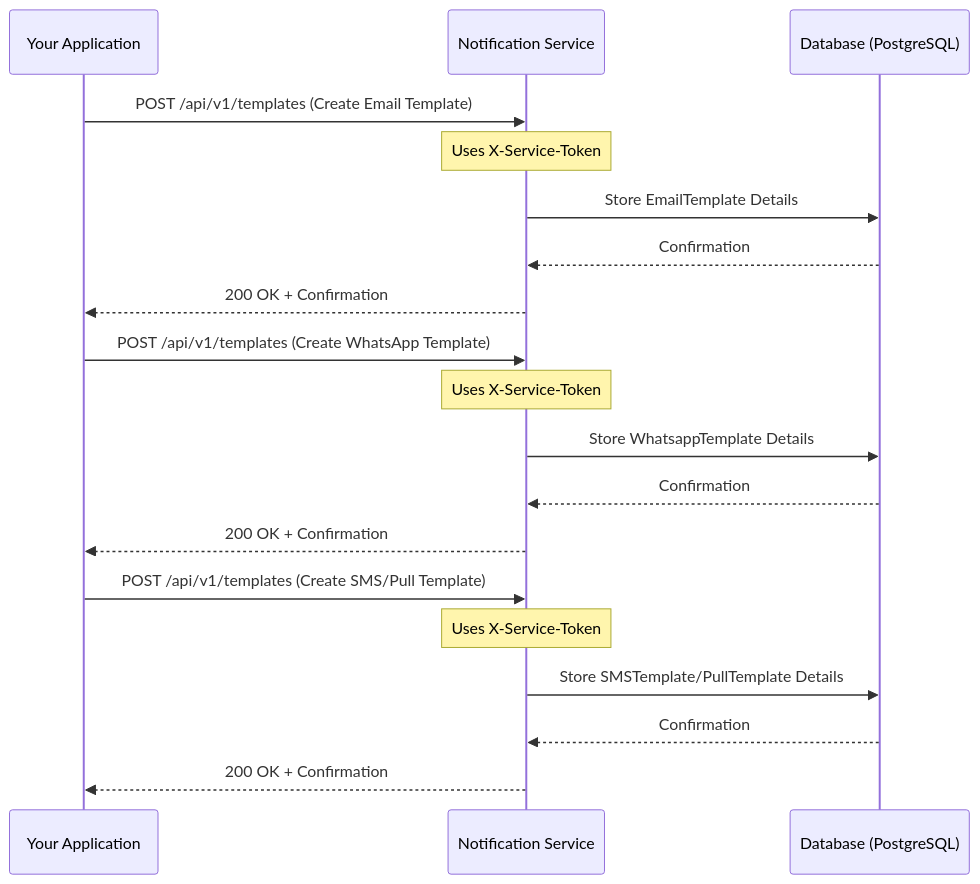
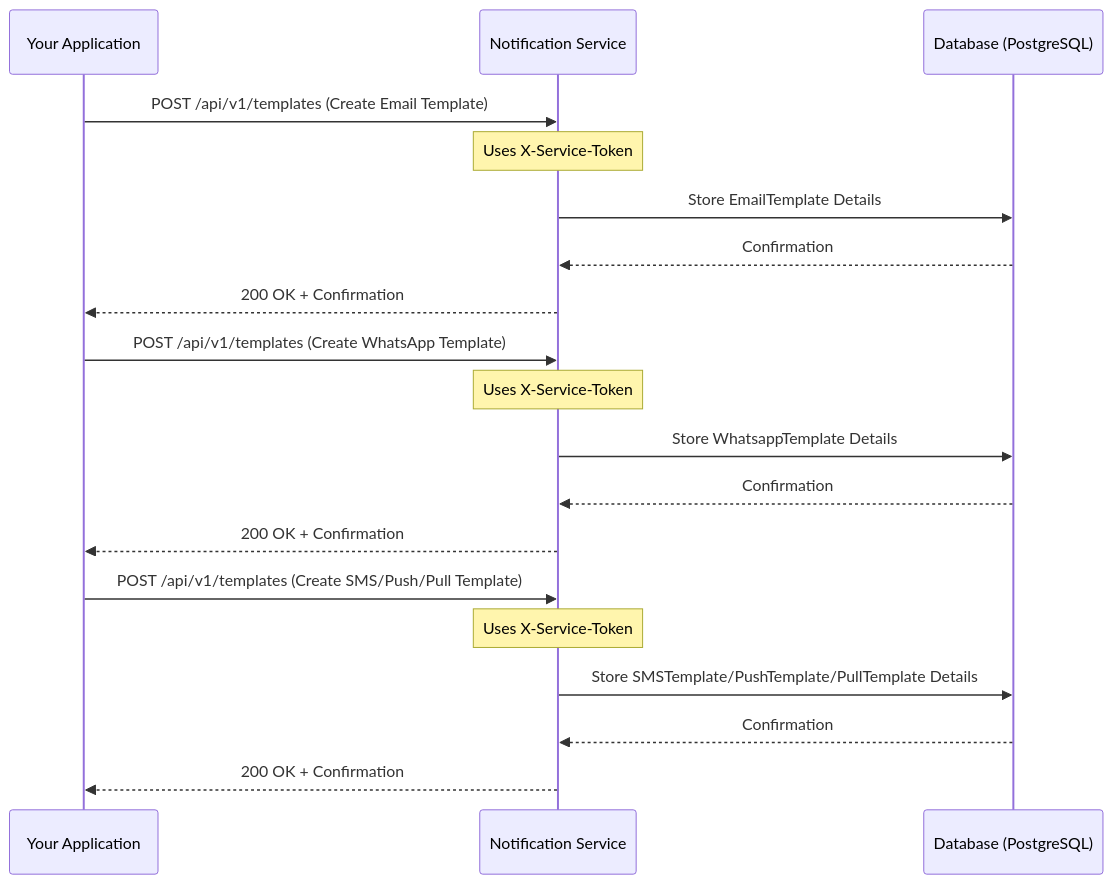
The second of 5 diagrams in README.md (projet-synthese-gi26/notification), drawn with Mermaid before and after one commit. The commit also changed other lines of this file and 24 other files, not shown here.

Commit message:
feat: add push notification

````diff
--- a/README.md
+++ b/README.md
@@ -146,24 +147,24 @@
 ```mermaid
 sequenceDiagram
     participant YourApp as Your Application
     participant NotificationService as Notification Service
     participant Database as Database (PostgreSQL)
 
     YourApp->>NotificationService: POST /api/v1/templates (Create Email Template)
     Note over NotificationService: Uses X-Service-Token
     NotificationService->>Database: Store EmailTemplate Details
     Database-->>NotificationService: Confirmation
     NotificationService-->>YourApp: 200 OK + Confirmation
 
     YourApp->>NotificationService: POST /api/v1/templates (Create WhatsApp Template)
     Note over NotificationService: Uses X-Service-Token
     NotificationService->>Database: Store WhatsappTemplate Details
     Database-->>NotificationService: Confirmation
     NotificationService-->>YourApp: 200 OK + Confirmation
 
-    YourApp->>NotificationService: POST /api/v1/templates (Create SMS/Pull Template)
+    YourApp->>NotificationService: POST /api/v1/templates (Create SMS/Push/Pull Template)
     Note over NotificationService: Uses X-Service-Token
-    NotificationService->>Database: Store SMSTemplate/PullTemplate Details
+    NotificationService->>Database: Store SMSTemplate/PushTemplate/PullTemplate Details
     Database-->>NotificationService: Confirmation
     NotificationService-->>YourApp: 200 OK + Confirmation
 ```
````
